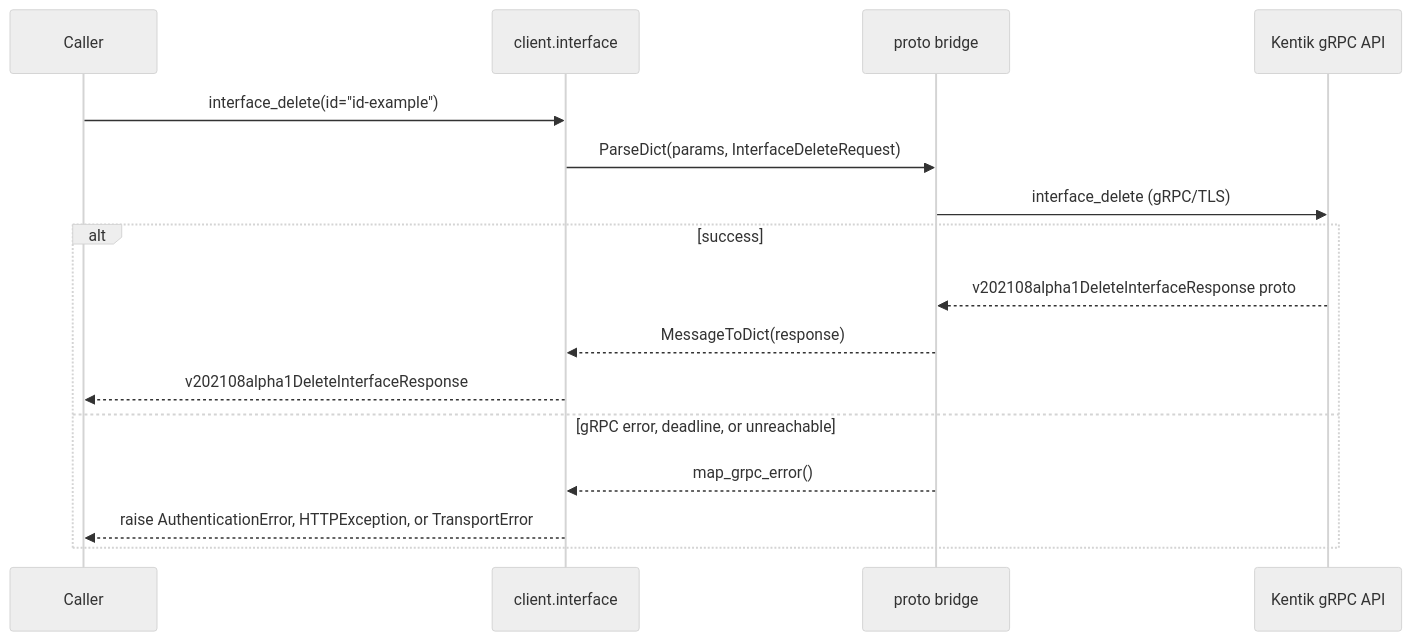
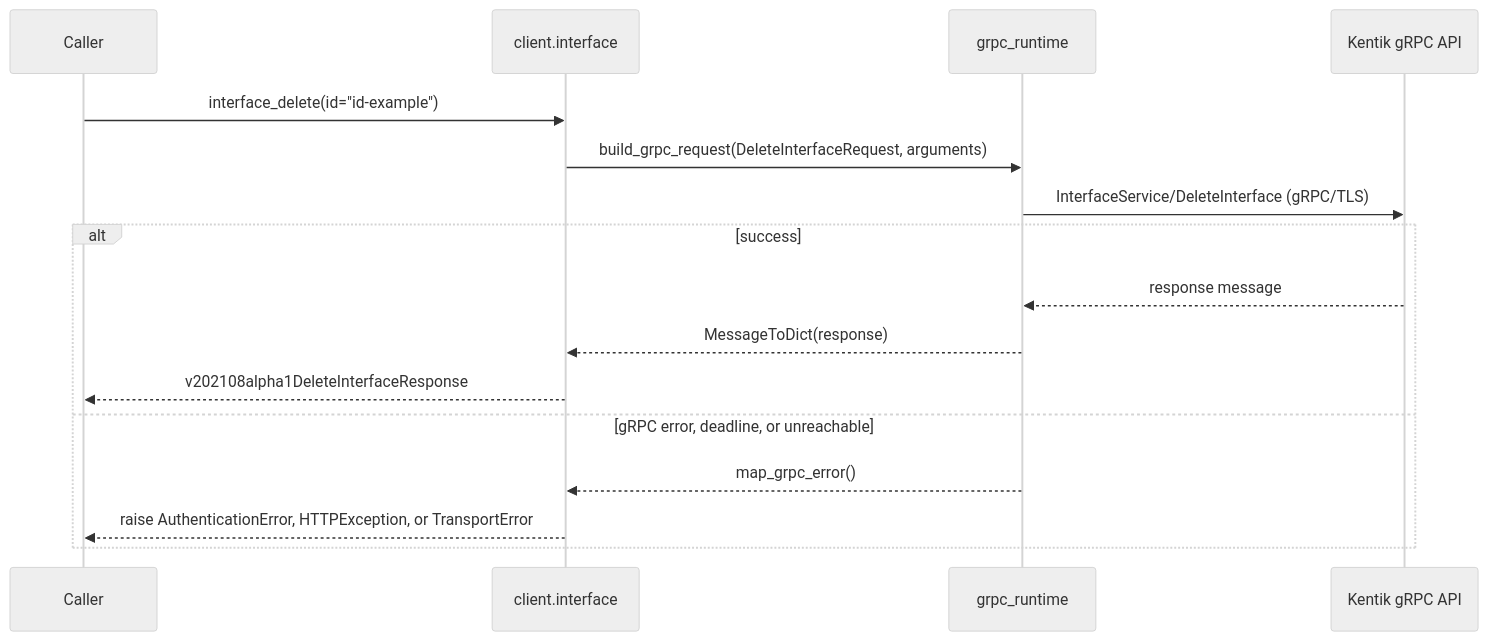
Before and after one commit to alexdearaujo/community_sdk_python: diagram 11 of 14 in docs/sphinx/services/interface.md, drawn with Mermaid (neutral theme). The commit also changed other lines of this file and 37 other files, not shown here.

First line of the commit message:
docs: show the real RPC in each service page's gRPC diagram

````diff
--- a/docs/sphinx/services/interface.md
+++ b/docs/sphinx/services/interface.md
@@ -369,19 +369,19 @@
 ```mermaid
 sequenceDiagram
     participant C as Caller
     participant W as client.interface
-    participant B as proto bridge
+    participant R as grpc_runtime
     participant API as Kentik gRPC API
 
     C->>W: interface_delete(id="id-example")
-    W->>B: ParseDict(params, InterfaceDeleteRequest)
-    B->>API: interface_delete (gRPC/TLS)
+    W->>R: build_grpc_request(DeleteInterfaceRequest, arguments)
+    R->>API: InterfaceService/DeleteInterface (gRPC/TLS)
     alt success
-        API-->>B: v202108alpha1DeleteInterfaceResponse proto
-        B-->>W: MessageToDict(response)
+        API-->>R: response message
+        R-->>W: MessageToDict(response)
         W-->>C: v202108alpha1DeleteInterfaceResponse
     else gRPC error, deadline, or unreachable
-        B-->>W: map_grpc_error()
+        R-->>W: map_grpc_error()
         W-->>C: raise AuthenticationError, HTTPException, or TransportError
     end
 ```
````
